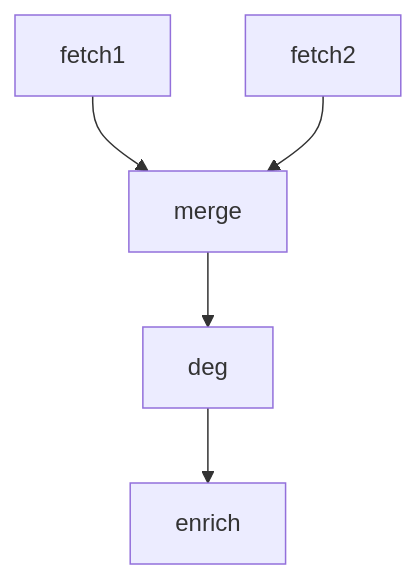
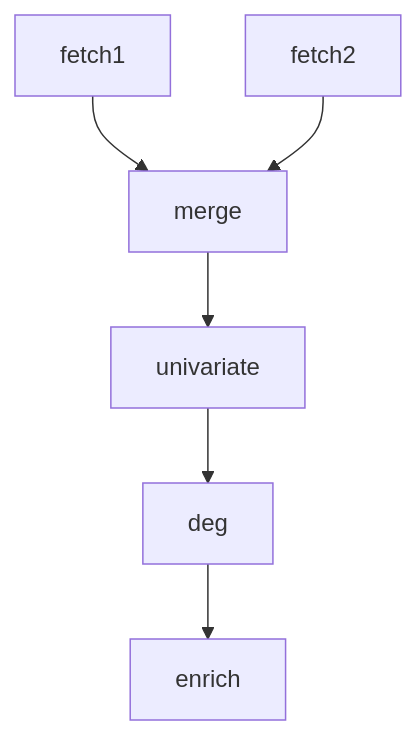
The diagram in protocols/4-node-breast-cancer.md (bobo-xxx/medflow-bioinfo), drawn with Mermaid before and after one commit. The commit also changed other lines of this file and 1 other file, not shown here.

Commit message:
feat: add univariate-filter node between merge and deg

````diff
--- a/protocols/4-node-breast-cancer.md
+++ b/protocols/4-node-breast-cancer.md
@@ -63,7 +69,8 @@
 ```mermaid
 flowchart TD
     A[fetch1] --> C[merge]
     B[fetch2] --> C[merge]
-    C --> D[deg]
-    D --> E[enrich]
+    C --> D[univariate]
+    D --> E[deg]
+    E --> F[enrich]
 ```
````
